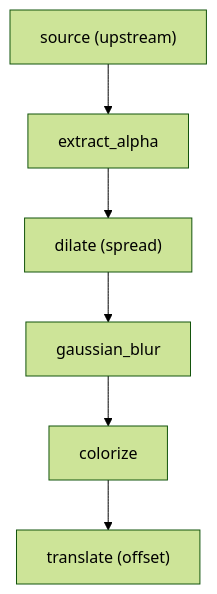
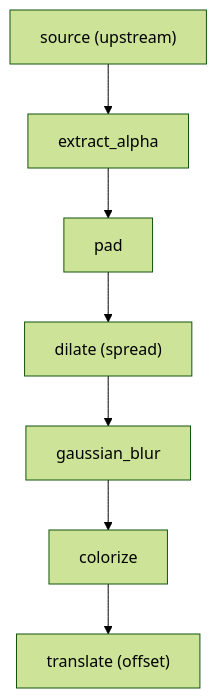
One commit to kws/invariant-gfx changed the first of 4 diagrams in docs/effects.md. Above: the diagram before and after it, drawn with Mermaid (forest theme). The commit also changed other lines of this file and 22 other files, not shown here.

````diff
--- a/docs/effects.md
+++ b/docs/effects.md
@@ -229,10 +253,11 @@
 ```mermaid
 flowchart TD
     src["source (upstream)"]
     alpha["extract_alpha"]
+    pad["pad"]
     dilate["dilate (spread)"]
     blur["gaussian_blur"]
     color["colorize"]
     translate["translate (offset)"]
-    src --> alpha --> dilate --> blur --> color --> translate
+    src --> alpha --> pad --> dilate --> blur --> color --> translate
 ```
````
